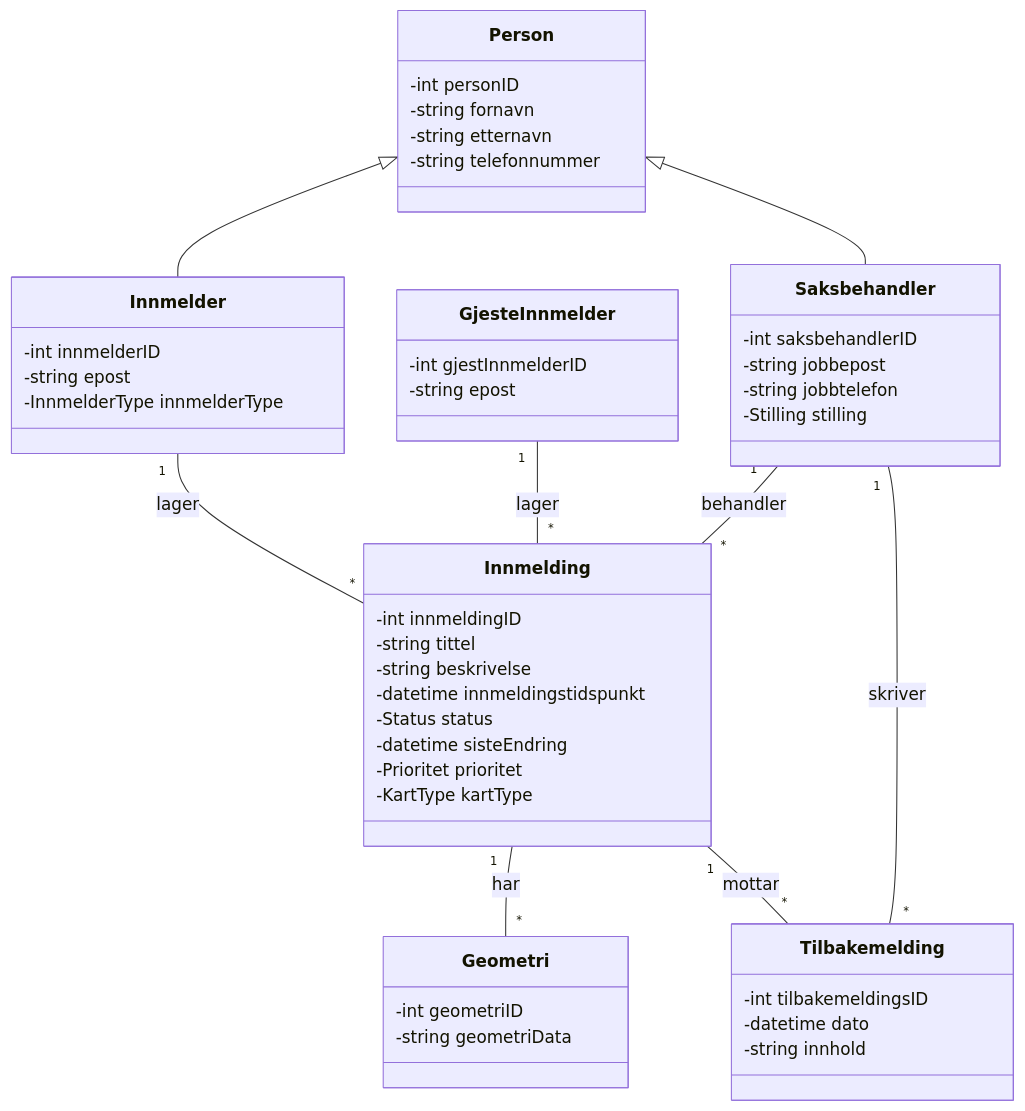
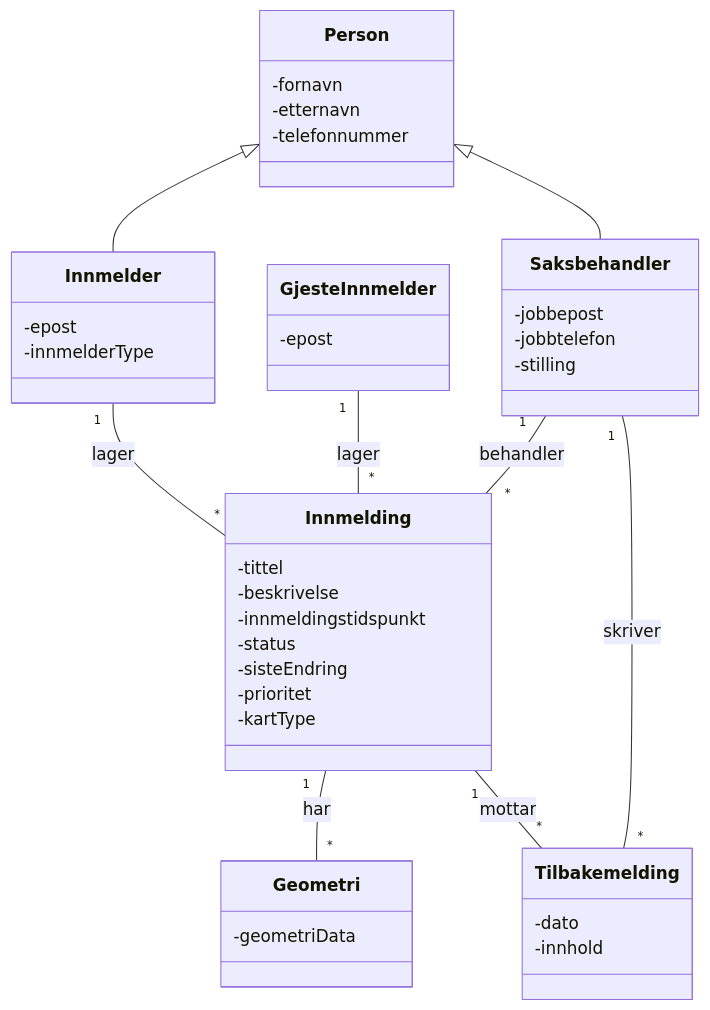
Before and after one commit to Kristiann96/Gruppe10KV: the diagram in Gruppe10KVprototype/ER og UML diagrammer/UMLG10KV1.mmd, drawn with Mermaid. The commit also changed 1 other file, not shown here.

Commit message:
Fjernet IDer og datatyper fra UML diagram

```diff
--- a/Gruppe10KVprototype/ER og UML diagrammer/UMLG10KV1.mmd
+++ b/Gruppe10KVprototype/ER og UML diagrammer/UMLG10KV1.mmd
@@ -1,56 +1,49 @@
 classDiagram
     class Person {
-        -int personID
-        -string fornavn
-        -string etternavn
-        -string telefonnummer
+        -fornavn
+        -etternavn
+        -telefonnummer
     }
 
     class Innmelder {
-        -int innmelderID
-        -string epost
-        -InnmelderType innmelderType
+        -epost
+        -innmelderType
     }
 
     class Saksbehandler {
-        -int saksbehandlerID
-        -string jobbepost
-        -string jobbtelefon
-        -Stilling stilling
+        -jobbepost
+        -jobbtelefon
+        -stilling
     }
 
     class GjesteInnmelder {
-        -int gjestInnmelderID
-        -string epost
+        -epost
     }
 
     class Innmelding {
-        -int innmeldingID
-        -string tittel
-        -string beskrivelse
-        -datetime innmeldingstidspunkt
-        -Status status
-        -datetime sisteEndring
-        -Prioritet prioritet
-        -KartType kartType
+        -tittel
+        -beskrivelse
+        -innmeldingstidspunkt
+        -status
+        -sisteEndring
+        -prioritet
+        -kartType
     }
 
     class Geometri {
-        -int geometriID
-        -string geometriData
+        -geometriData
     }
 
     class Tilbakemelding {
-        -int tilbakemeldingsID
-        -datetime dato
-        -string innhold
+        -dato
+        -innhold
     }
 
     Person <|-- Innmelder
     Person <|-- Saksbehandler
     Innmelder "1" -- "*" Innmelding : lager
     GjesteInnmelder "1" -- "*" Innmelding : lager
     Saksbehandler "1" -- "*" Innmelding : behandler
     Innmelding "1" -- "*" Geometri : har
     Innmelding "1" -- "*" Tilbakemelding : mottar
     Saksbehandler "1" -- "*" Tilbakemelding : skriver
```
